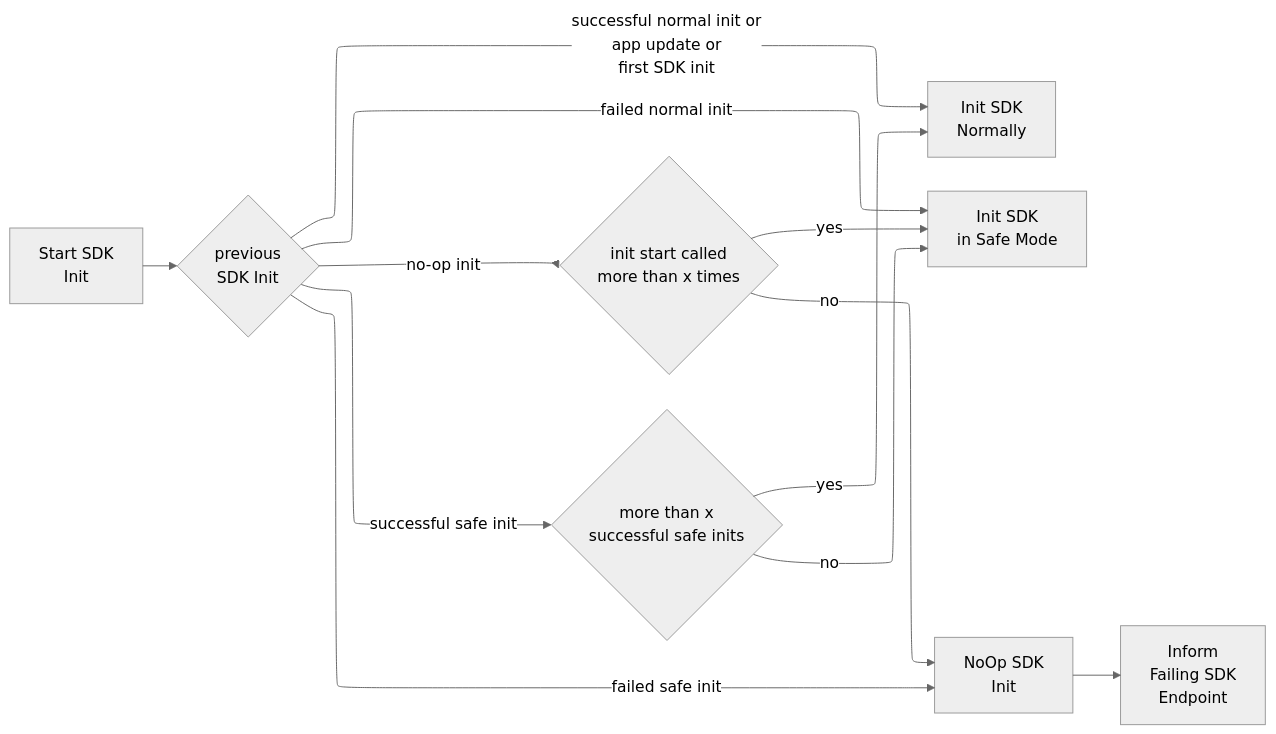
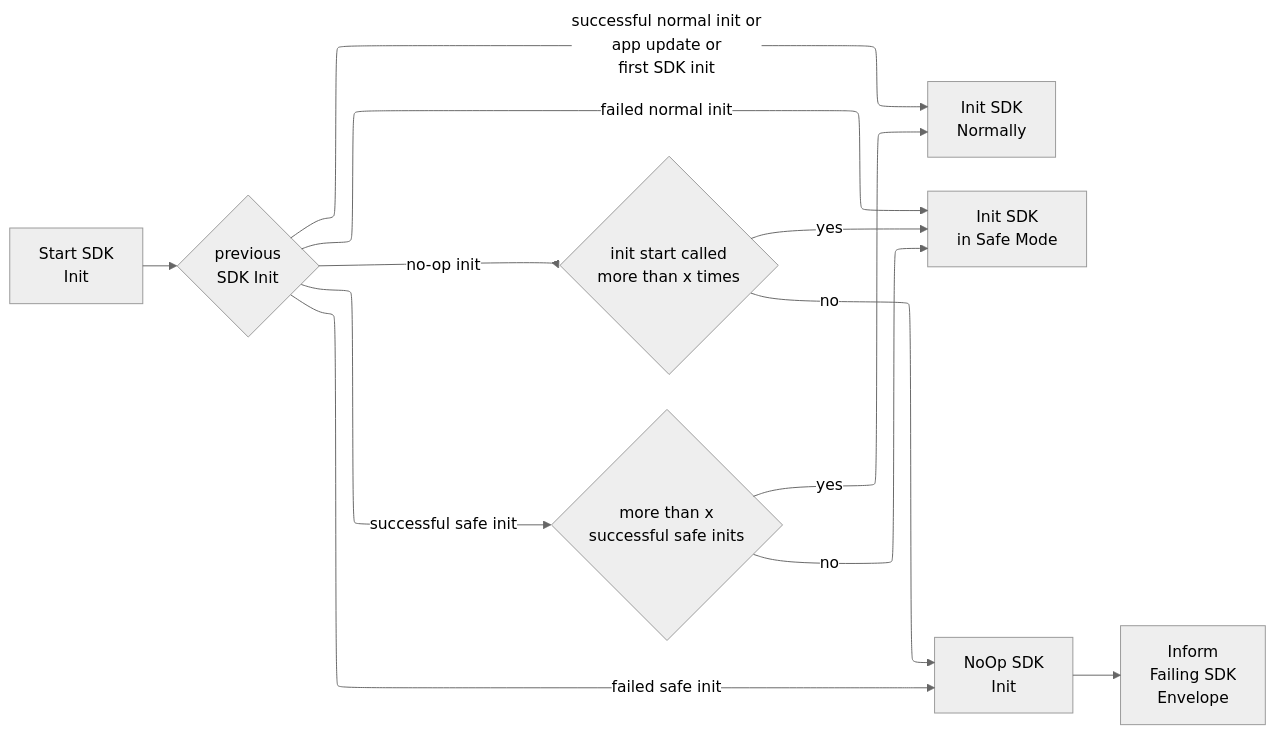
The first of 2 diagrams in text/0143-sdk-fail-safe-mode.md (getsentry/rfcs), drawn with Mermaid before and after one commit. The commit also changed other lines of this file, not shown here.

````diff
--- a/text/0143-sdk-fail-safe-mode.md
+++ b/text/0143-sdk-fail-safe-mode.md
@@ -59,50 +59,50 @@
 ```mermaid
 ---
 config:
   layout: elk
   elk:
     mergeEdges: false
     nodePlacementStrategy: NETWORK_SIMPLEX
   theme: neutral
 ---
 flowchart LR
     sdk-init-start[Start SDK
         Init]
     sdk-init-normal[Init SDK
         Normally]
     sdk-init-safe-mode[Init SDK
         in Safe Mode]
     sdk-init-no-op[NoOp SDK
         Init]
-    sdk-fail-endpoint[Inform
+    sdk-fail-envelope[Inform
         Failing SDK
-        Endpoint]
+        Envelope]
 
     
     decision-init-start-x-times@{ shape: diamond, label: "init start called
         more than x times" }
 
     decision-sdk-mode@{ shape: diamond, label: "previous
         SDK Init" }
     decision-sdk-init-x-times-safe-mode@{ shape: diamond, label: "more than x
         successful safe inits" }
     
     sdk-init-start --> decision-sdk-mode
     
     decision-sdk-mode-- no-op init --> decision-init-start-x-times
     decision-init-start-x-times-- no --> sdk-init-no-op
     decision-init-start-x-times-- yes --> sdk-init-safe-mode
     
     decision-sdk-mode-- successful normal init or
         app update or
         first SDK init --> sdk-init-normal
     decision-sdk-mode-- successful safe init --> decision-sdk-init-x-times-safe-mode
     decision-sdk-mode-- failed normal init --> sdk-init-safe-mode
     decision-sdk-mode-- failed safe init --> sdk-init-no-op
 
 
     decision-sdk-init-x-times-safe-mode-- yes --> sdk-init-normal
     decision-sdk-init-x-times-safe-mode-- no --> sdk-init-safe-mode 
 
-    sdk-init-no-op --> sdk-fail-endpoint
+    sdk-init-no-op --> sdk-fail-envelope
 ```
````
